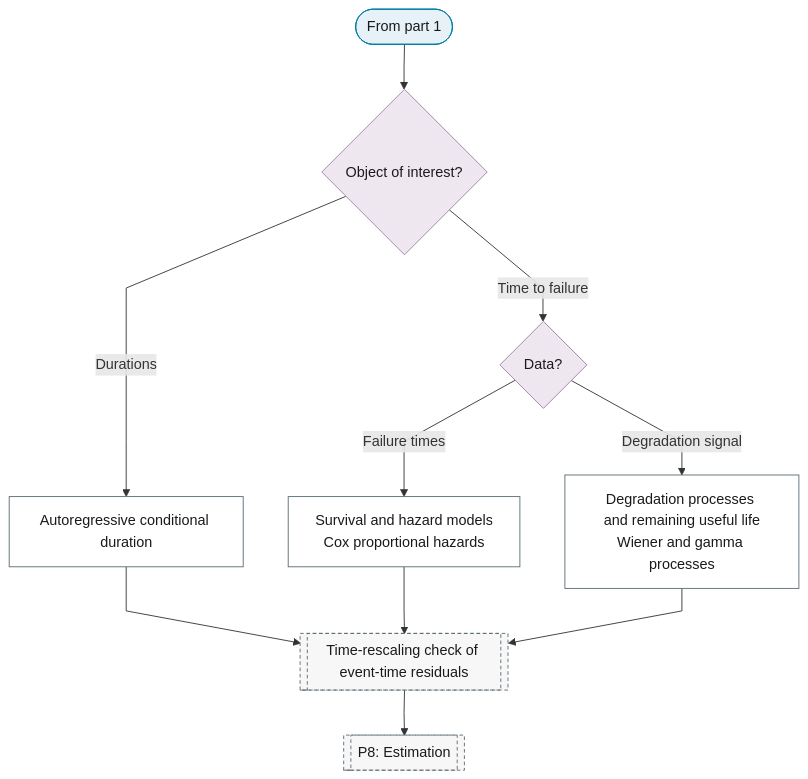
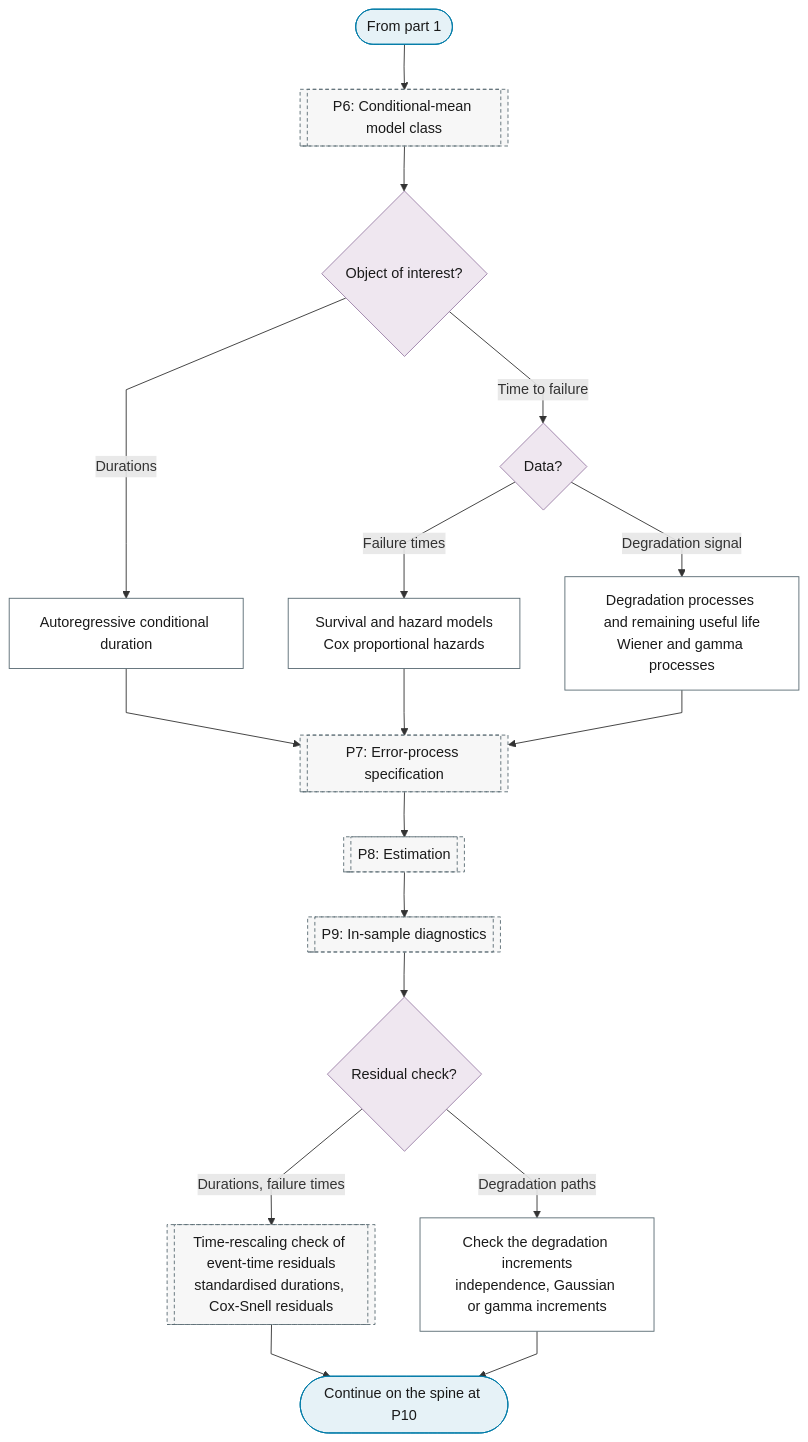
Before and after one commit to Shuxin-Y/time-series-analysis-manual: the second of 2 diagrams in docs/reference/17-point-processes/index.md, drawn with Mermaid. The commit also changed other lines of this file and 8 other files, not shown here.

````diff
--- a/docs/reference/17-point-processes/index.md
+++ b/docs/reference/17-point-processes/index.md
@@ -41,23 +45,29 @@
 ```mermaid
 %%{init: {"flowchart": {"curve": "linear"}}}%%
 graph TD
-    B2_PART_2_IN(["From part 1"]) --> B2_QUESTION_2{"Object of interest?"}
+    B2_PART_2_IN(["From part 1"]) --> P6[["P6: Conditional-mean model class"]]
+    P6 --> B2_QUESTION_2{"Object of interest?"}
     B2_QUESTION_2 -->|"Durations"| B2_ACD["Autoregressive conditional duration"]
     B2_QUESTION_2 -->|"Time to failure"| B2_FAILURE{"Data?"}
     B2_FAILURE -->|"Failure times"| B2_SURVIVAL["Survival and hazard models<br/>Cox proportional hazards"]
     B2_FAILURE -->|"Degradation signal"| B2_DEGRADATION["Degradation processes and remaining useful life<br/>Wiener and gamma processes"]
-    B2_ACD & B2_SURVIVAL & B2_DEGRADATION --> P7_RESCALING[["Time-rescaling check of event-time residuals"]]
-    P7_RESCALING --> P8[["P8: Estimation"]]
-    class B2_PART_2_IN terminator
-    class B2_QUESTION_2,B2_FAILURE decision
-    class B2_ACD,B2_SURVIVAL,B2_DEGRADATION process
-    class P7_RESCALING,P8 ref
+    B2_ACD & B2_SURVIVAL & B2_DEGRADATION --> P7[["P7: Error-process specification"]]
+    P7 --> P8[["P8: Estimation"]]
+    P8 --> P9[["P9: In-sample diagnostics"]]
+    P9 --> B2_CHECK{"Residual check?"}
+    B2_CHECK -->|"Durations, failure times"| P7_RESCALING[["Time-rescaling check of event-time residuals<br/>standardised durations, Cox-Snell residuals"]]
+    B2_CHECK -->|"Degradation paths"| B2_INCREMENT_CHECK["Check the degradation increments<br/>independence, Gaussian or gamma increments"]
+    P7_RESCALING & B2_INCREMENT_CHECK --> B2_PART_2_OUT(["Continue on the spine at P10"])
+    class B2_PART_2_IN,B2_PART_2_OUT terminator
+    class B2_QUESTION_2,B2_FAILURE,B2_CHECK decision
+    class B2_ACD,B2_SURVIVAL,B2_DEGRADATION,B2_INCREMENT_CHECK process
+    class P6,P7,P8,P9,P7_RESCALING ref
     classDef terminator fill:#E6F2F7,stroke:#007BA7,color:#1A1A1A;
     classDef process fill:#FFFFFF,stroke:#5A6B73,color:#1A1A1A;
     classDef decision fill:#EFE7F0,stroke:#9B7FA7,color:#1A1A1A;
     classDef data fill:#FFF4E0,stroke:#C9A55E,color:#1A1A1A;
     classDef good fill:#DCEFD8,stroke:#4A7A3F,color:#1A1A1A;
     classDef escalate fill:#FFE9C2,stroke:#C9A55E,color:#1A1A1A;
     classDef problem fill:#F2D9DE,stroke:#800020,color:#1A1A1A;
     classDef ref fill:#F7F7F7,stroke:#5A6B73,color:#1A1A1A,stroke-dasharray:4 3;
 ```
````
